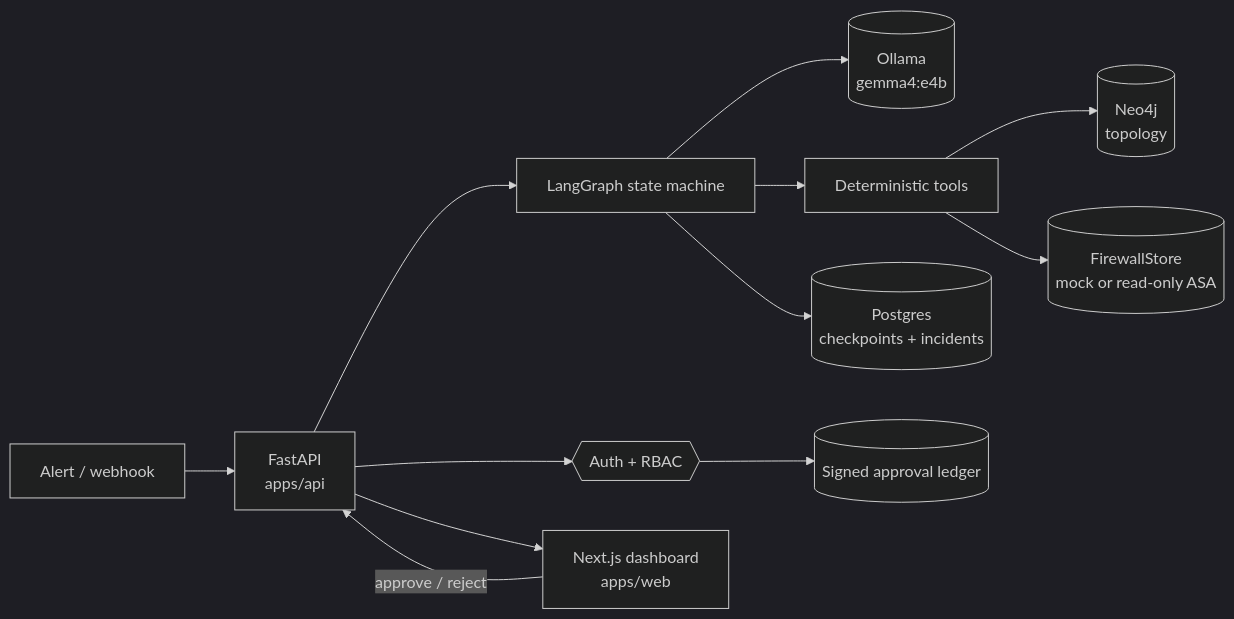
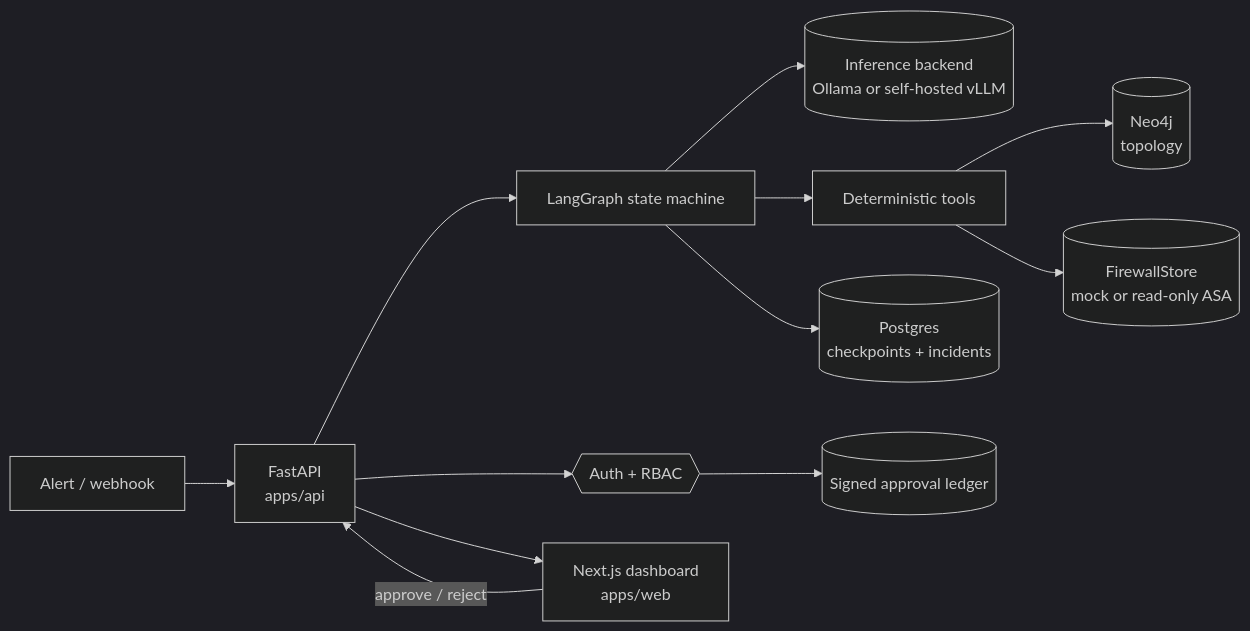
One commit to siqah/ZeroNode changed the diagram in docs/how-it-works.md. Above: the diagram before and after it, drawn with Mermaid (dark theme). The commit also changed other lines of this file and 19 other files, not shown here.

````diff
--- a/docs/how-it-works.md
+++ b/docs/how-it-works.md
@@ -34,14 +34,14 @@
 ```mermaid
 flowchart LR
     Alert[Alert / webhook] --> API[FastAPI<br/>apps/api]
     API --> Graph[LangGraph state machine]
-    Graph --> Ollama[(Ollama<br/>gemma4:e4b)]
+    Graph --> LLM[(Inference backend<br/>Ollama or self-hosted vLLM)]
     Graph --> Tools[Deterministic tools]
     Tools --> Neo4j[(Neo4j<br/>topology)]
     Tools --> FW[(FirewallStore<br/>mock or read-only ASA)]
     Graph --> PG[(Postgres<br/>checkpoints + incidents)]
     API --> Auth{{Auth + RBAC}}
     Auth --> Ledger[(Signed approval ledger)]
     API --> Web[Next.js dashboard<br/>apps/web]
     Web -->|approve / reject| API
 ```
````
